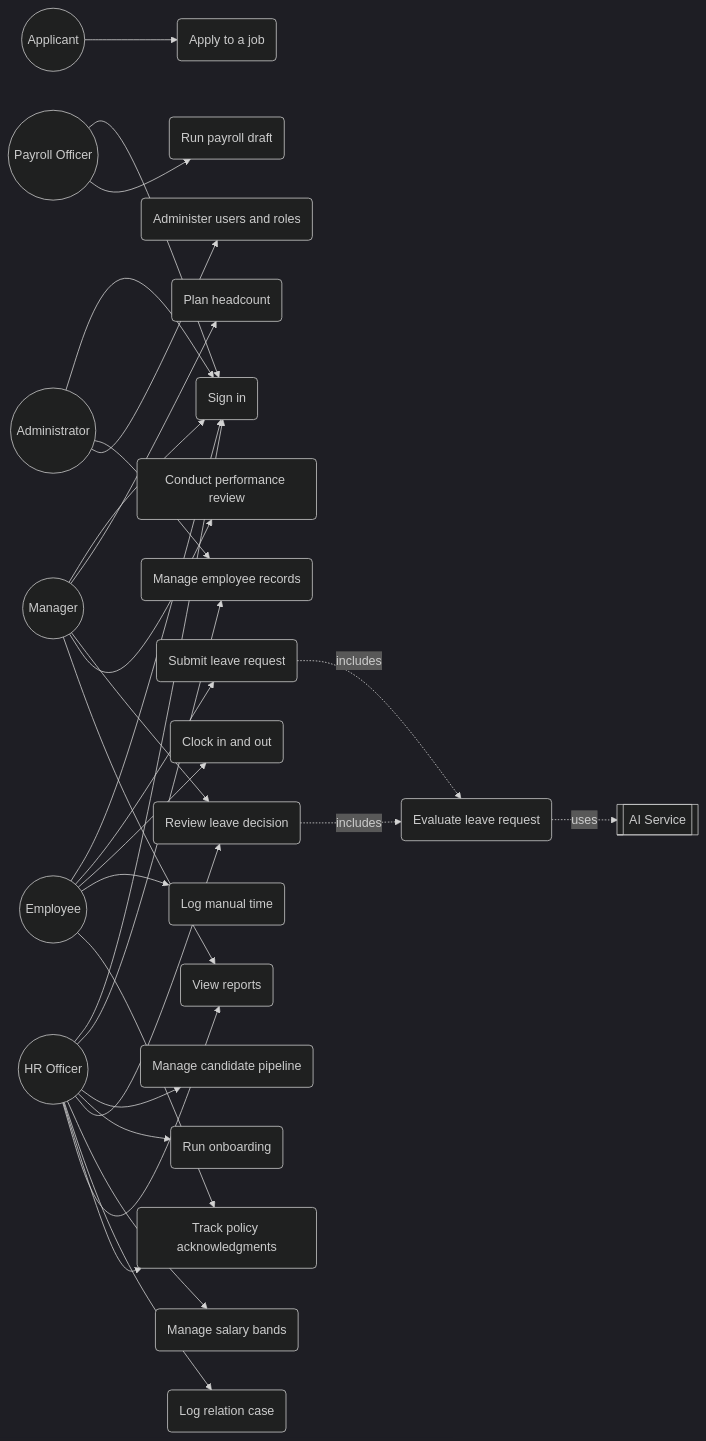
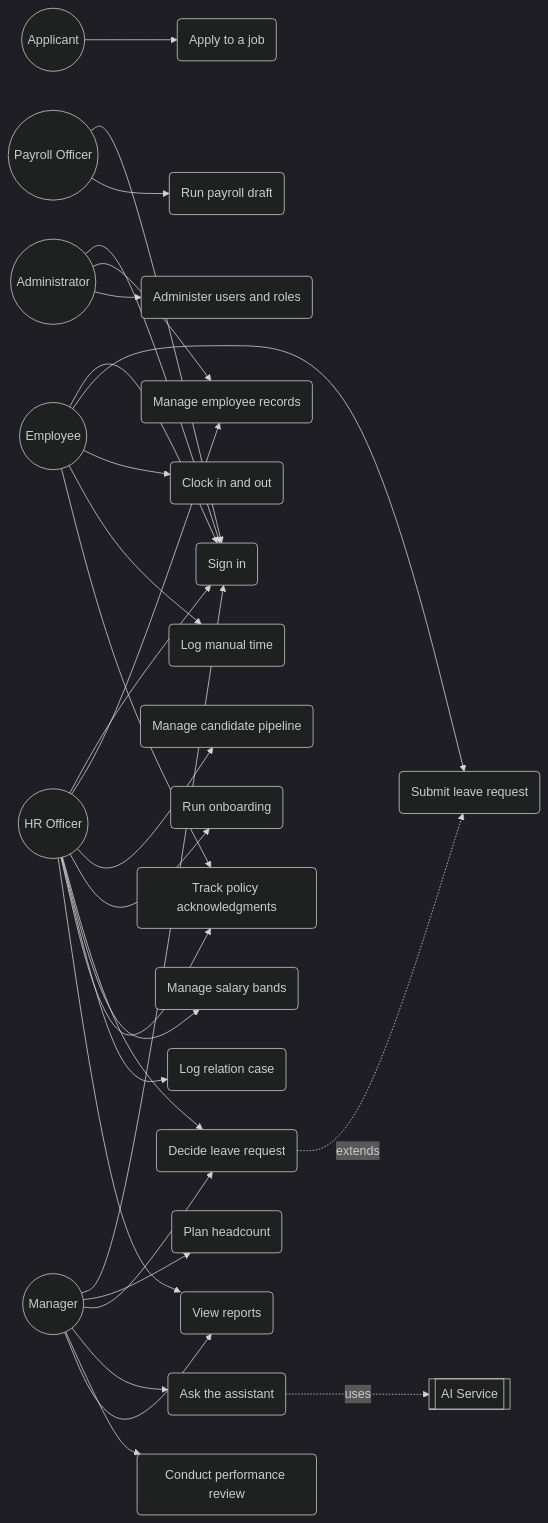
Before and after one commit to groovyrey/ouhrapp: the diagram in documents/USE-CASE.md, drawn with Mermaid (dark theme). The commit also changed other lines of this file and 37 other files, not shown here.

````diff
--- a/documents/USE-CASE.md
+++ b/documents/USE-CASE.md
@@ -23,41 +23,41 @@
 ```mermaid
 flowchart LR
   EMP((Employee))
   MGR((Manager))
   HRO((HR Officer))
   PAYO((Payroll Officer))
   ADM((Administrator))
   APP((Applicant))
   AI[[AI Service]]
 
   EMP --> UC01(Sign in)
   MGR --> UC01
   HRO --> UC01
   PAYO --> UC01
   ADM --> UC01
 
   HRO --> UC02(Manage employee records)
   ADM --> UC02
   MGR --> UC03(Plan headcount)
   HRO --> UC04(Manage candidate pipeline)
   APP --> UC05(Apply to a job)
   HRO --> UC06(Run onboarding)
   EMP --> UC07(Submit leave request)
-  MGR --> UC09(Review leave decision)
-  HRO --> UC09
+  MGR --> UC08(Decide leave request)
+  HRO --> UC08
+  MGR --> UC09(Ask the assistant)
   EMP --> UC10(Clock in and out)
   EMP --> UC11(Log manual time)
   PAYO --> UC12(Run payroll draft)
   MGR --> UC13(Conduct performance review)
   HRO --> UC14(Manage salary bands)
   HRO --> UC15(Log relation case)
   HRO --> UC16(Track policy acknowledgments)
   EMP --> UC16
   MGR --> UC17(View reports)
   HRO --> UC17
   ADM --> UC18(Administer users and roles)
 
-  UC07 -.->|includes| UC08(Evaluate leave request)
-  UC09 -.->|includes| UC08
-  UC08 -.->|uses| AI
+  UC08 -.->|extends| UC07
+  UC09 -.->|uses| AI
 ```
````
